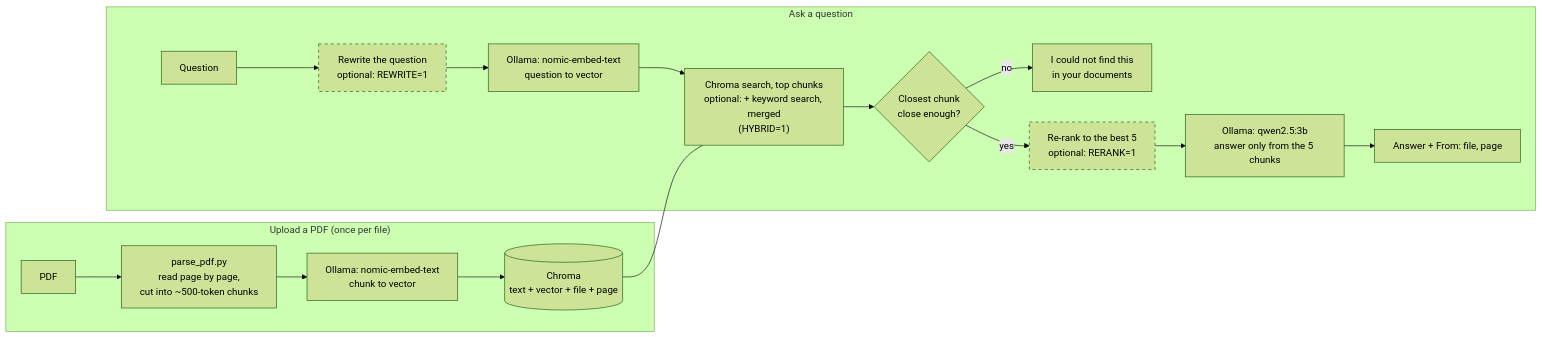
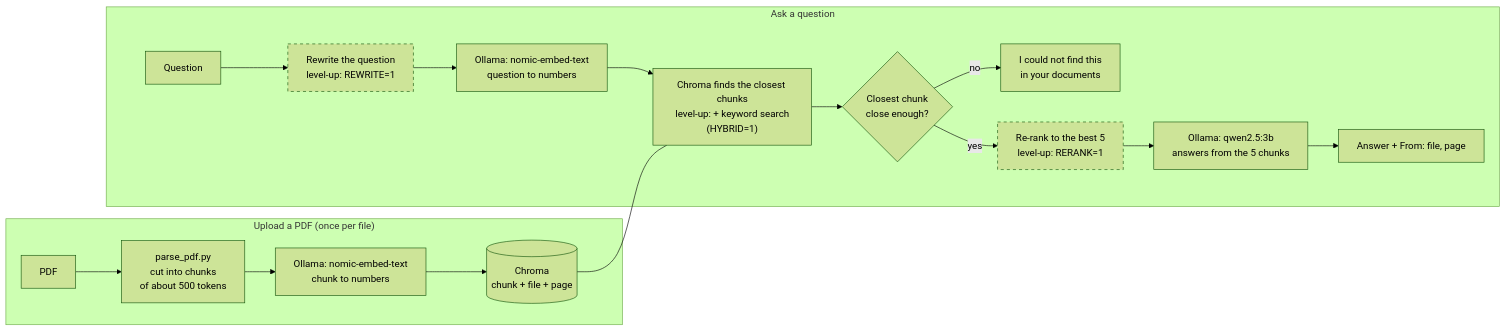
One commit to nitu-hora/docuchat changed the diagram in README.md. Above: the diagram before and after it, drawn with Mermaid (forest theme). The commit also changed other lines of this file and 10 other files, not shown here.

````diff
--- a/README.md
+++ b/README.md
@@ -14,21 +22,21 @@
 ```mermaid
 flowchart LR
     subgraph Upload["Upload a PDF (once per file)"]
-        A["PDF"] --> B["parse_pdf.py<br/>read page by page,<br/>cut into ~500-token chunks"]
-        B --> C["Ollama: nomic-embed-text<br/>chunk to vector"]
-        C --> D[("Chroma<br/>text + vector + file + page")]
+        A["PDF"] --> B["parse_pdf.py<br/>cut into chunks<br/>of about 500 tokens"]
+        B --> C["Ollama: nomic-embed-text<br/>chunk to numbers"]
+        C --> D[("Chroma<br/>chunk + file + page")]
     end
     subgraph Ask["Ask a question"]
-        Q["Question"] --> RW["Rewrite the question<br/>optional: REWRITE=1"]
-        RW --> E["Ollama: nomic-embed-text<br/>question to vector"]
-        E --> F["Chroma search, top chunks<br/>optional: + keyword search, merged<br/>(HYBRID=1)"]
+        Q["Question"] --> RW["Rewrite the question<br/>level-up: REWRITE=1"]
+        RW --> E["Ollama: nomic-embed-text<br/>question to numbers"]
+        E --> F["Chroma finds the closest chunks<br/>level-up: + keyword search<br/>(HYBRID=1)"]
         F --> G{"Closest chunk<br/>close enough?"}
         G -- no --> H["I could not find this<br/>in your documents"]
-        G -- yes --> RR["Re-rank to the best 5<br/>optional: RERANK=1"]
-        RR --> I["Ollama: qwen2.5:3b<br/>answer only from the 5 chunks"]
+        G -- yes --> RR["Re-rank to the best 5<br/>level-up: RERANK=1"]
+        RR --> I["Ollama: qwen2.5:3b<br/>answers from the 5 chunks"]
         I --> J["Answer + From: file, page"]
     end
     D --- F
     style RW stroke-dasharray: 5 5
     style RR stroke-dasharray: 5 5
 ```
````
